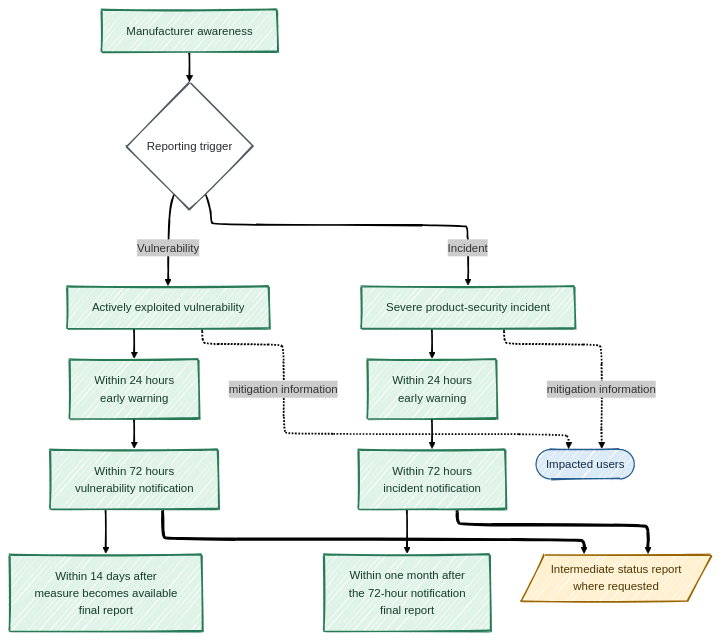
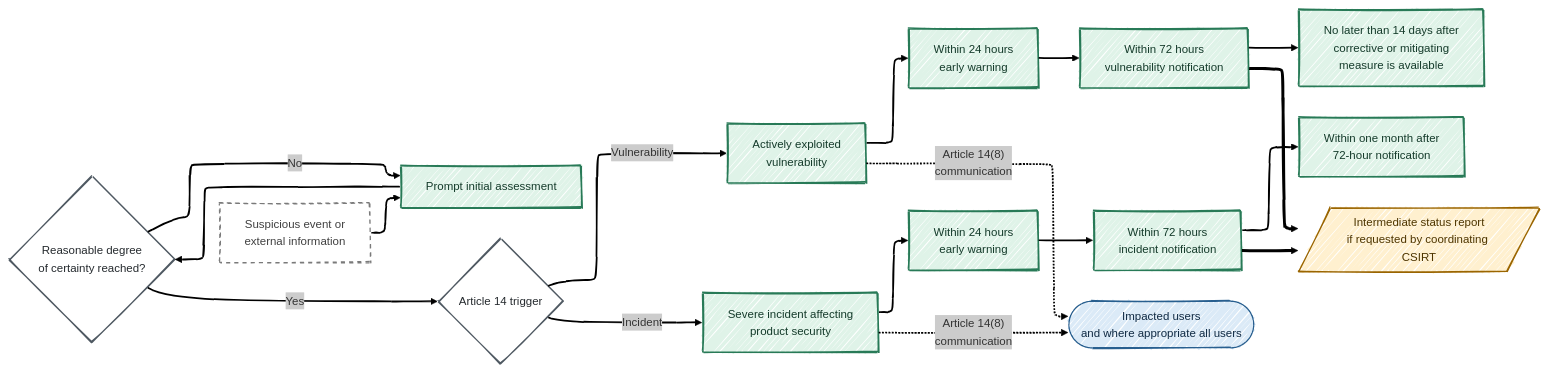
One commit to antomon/antomon.github.io changed diagram 11 of 18 in longforms/cyber-resilience-act-the-new-product-security-baseline/index.qmd. Above: the diagram before and after it, drawn with Mermaid. The commit also changed other lines of this file and 54 other files, not shown here.

````diff
--- a/longforms/cyber-resilience-act-the-new-product-security-baseline/index.qmd
+++ b/longforms/cyber-resilience-act-the-new-product-security-baseline/index.qmd
@@ -856,43 +2160,54 @@
 ```{mermaid}
 %%| label: fig-cyber-resilience-act-the-new-product-security-baseline-reporting-timeline
-%%| fig-cap: "Article 14 uses staged reports so that authorities receive an early warning before the investigation is complete."
-%%| fig-alt: "Two parallel reporting paths begin when the manufacturer becomes aware. The actively exploited vulnerability path has a 24-hour warning, a 72-hour notification, and a final report within 14 days after remediation becomes available. The severe incident path has a 24-hour warning, a 72-hour notification, and a final report one month after the 72-hour submission. Both paths include user communication and can include an intermediate report requested by the CSIRT."
+%%| fig-cap: "Article 14 separates awareness from full investigation by requiring progressively richer notifications after the reporting threshold has been reached."
+%%| fig-alt: "A suspicious event is first assessed. When the manufacturer reaches a reasonable degree of certainty that an actively exploited vulnerability or severe incident exists, awareness starts the reporting clock. The vulnerability path requires an early warning within 24 hours, a notification within 72 hours, and a final report no later than 14 days after a corrective or mitigating measure is available. The severe-incident path requires a 24-hour early warning, a 72-hour incident notification, and a final report within one month after the 72-hour notification. A coordinating CSIRT can request intermediate status information, and users are informed through a separate risk-based communication path."
 %%| fig-align: center
 %%{init: {"theme": "neo", "look": "handDrawn", "layout": "elk"}}%%
-flowchart TD
-    AWARE[Manufacturer awareness]:::product
-    TYPE{Reporting trigger}:::test
+flowchart LR
+    SIGNAL[Suspicious event or<br/>external information]:::context
+    ASSESS[Prompt initial assessment]:::product
+    AWARE{Reasonable degree<br/>of certainty reached?}:::test
+    TYPE{Article 14 trigger}:::test
 
-    ACTIVE[Actively exploited vulnerability]:::product
-    INCIDENT[Severe product-security incident]:::product
+    ACTIVE[Actively exploited<br/>vulnerability]:::product
+    INCIDENT[Severe incident affecting<br/>product security]:::product
 
     A24[Within 24 hours<br/>early warning]:::product
     A72[Within 72 hours<br/>vulnerability notification]:::product
-    AFINAL[Within 14 days after<br/>measure becomes available<br/>final report]:::product
+    AFINAL[No later than 14 days after<br/>corrective or mitigating<br/>measure is available]:::product
 
     I24[Within 24 hours<br/>early warning]:::product
     I72[Within 72 hours<br/>incident notification]:::product
-    IFINAL[Within one month after<br/>the 72-hour notification<br/>final report]:::product
+    IFINAL[Within one month after<br/>72-hour notification]:::product
 
-    USERS([Impacted users]):::entity
-    STATUS[/Intermediate status report<br/>where requested/]:::overlay
+    STATUS[/Intermediate status report<br/>if requested by coordinating CSIRT/]:::overlay
+    USERS([Impacted users<br/>and where appropriate all users]):::entity
 
-    AWARE --> TYPE
+    SIGNAL --> ASSESS
+    ASSESS --> AWARE
+    AWARE -- No --> ASSESS
+    AWARE -- Yes --> TYPE
+
     TYPE -- Vulnerability --> ACTIVE
     TYPE -- Incident --> INCIDENT
+
     ACTIVE --> A24
     A24 --> A72
     A72 --> AFINAL
+
     INCIDENT --> I24
     I24 --> I72
     I72 --> IFINAL
-    ACTIVE -. mitigation information .-> USERS
-    INCIDENT -. mitigation information .-> USERS
+
     A72 ==> STATUS
     I72 ==> STATUS
+
+    ACTIVE -. Article 14(8)<br/>communication .-> USERS
+    INCIDENT -. Article 14(8)<br/>communication .-> USERS
 
     classDef entity fill:#dbeaf7,stroke:#285f8f,stroke-width:1.5px,color:#102a43;
     classDef product fill:#dff3e8,stroke:#287a57,stroke-width:2px,color:#153b2b;
     classDef overlay fill:#fff0cf,stroke:#9a6500,stroke-width:1.5px,color:#4d3500;
     classDef test fill:#ffffff,stroke:#4f5962,stroke-width:1.5px,color:#252a2e;
+    classDef context fill:#ffffff,stroke:#7a7a7a,stroke-width:1.5px,stroke-dasharray:5 5,color:#404040;
 ```
````
